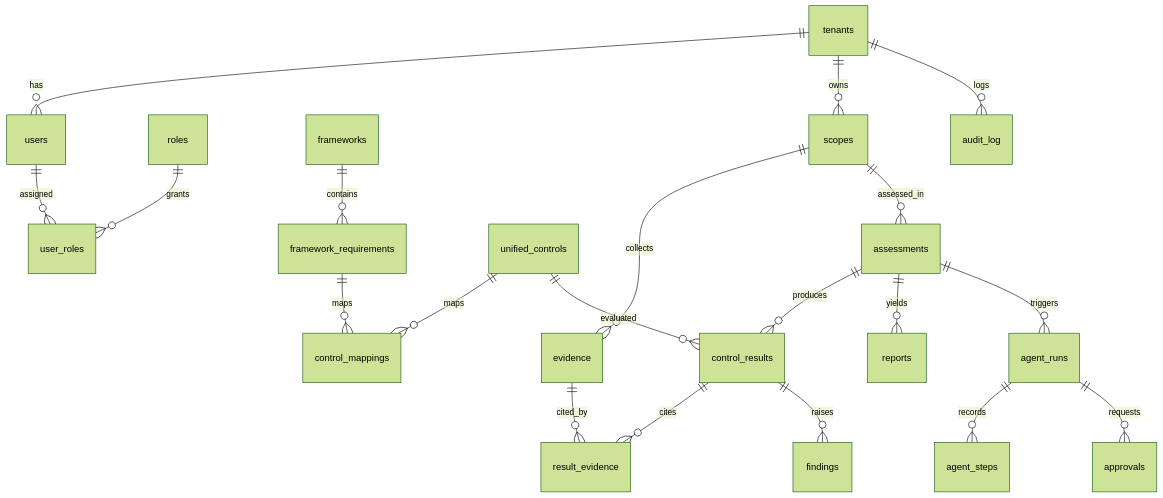
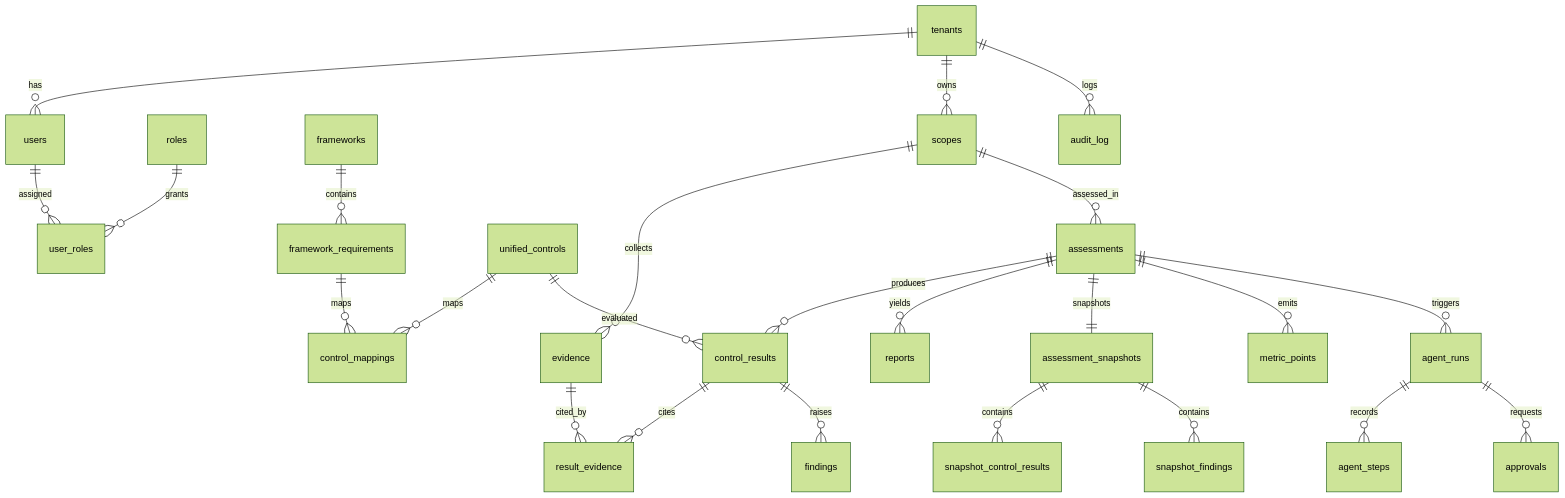
One commit to praveendhac/aucoff changed the diagram in specs/database-spec.md. Above: the diagram before and after it, drawn with Mermaid (forest theme). The commit also changed other lines of this file and 7 other files, not shown here.

````diff
--- a/specs/database-spec.md
+++ b/specs/database-spec.md
@@ -106,22 +121,26 @@
 ```mermaid
 erDiagram
   tenants ||--o{ users : has
   users ||--o{ user_roles : assigned
   roles ||--o{ user_roles : grants
   frameworks ||--o{ framework_requirements : contains
   framework_requirements ||--o{ control_mappings : maps
   unified_controls ||--o{ control_mappings : maps
   tenants ||--o{ scopes : owns
   scopes ||--o{ evidence : collects
   scopes ||--o{ assessments : assessed_in
   assessments ||--o{ control_results : produces
   unified_controls ||--o{ control_results : evaluated
   control_results ||--o{ result_evidence : cites
   evidence ||--o{ result_evidence : cited_by
   control_results ||--o{ findings : raises
   assessments ||--o{ reports : yields
+  assessments ||--|| assessment_snapshots : snapshots
+  assessment_snapshots ||--o{ snapshot_control_results : contains
+  assessment_snapshots ||--o{ snapshot_findings : contains
+  assessments ||--o{ metric_points : emits
   assessments ||--o{ agent_runs : triggers
   agent_runs ||--o{ agent_steps : records
   agent_runs ||--o{ approvals : requests
   tenants ||--o{ audit_log : logs
 ```
````
